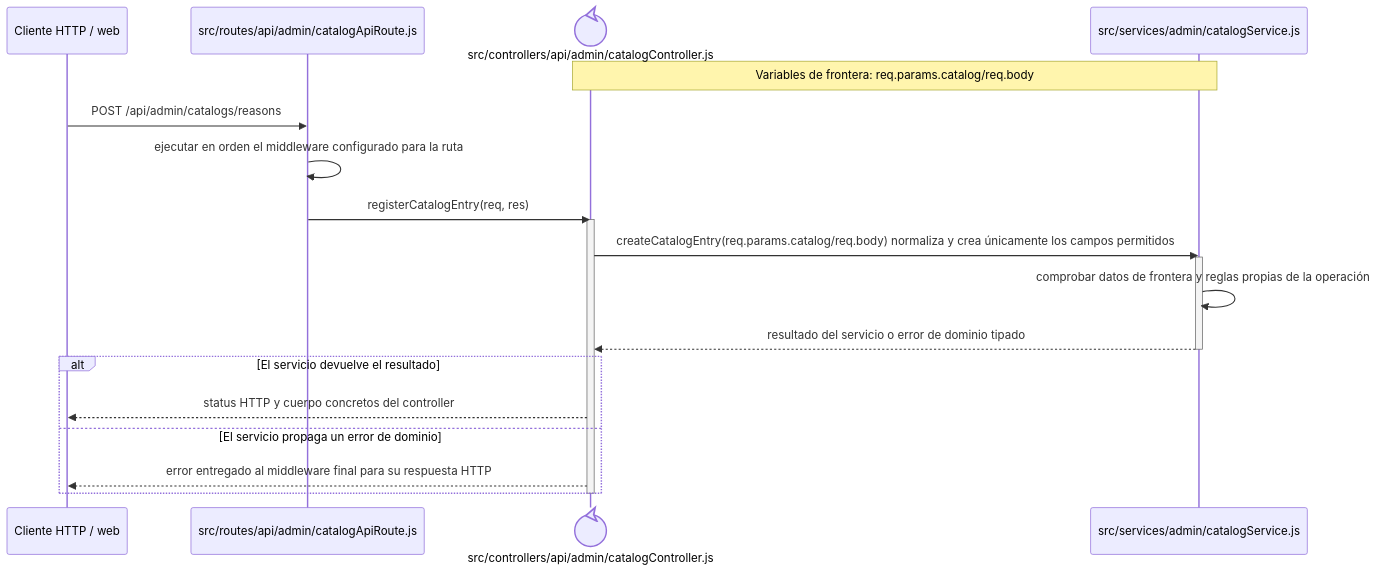
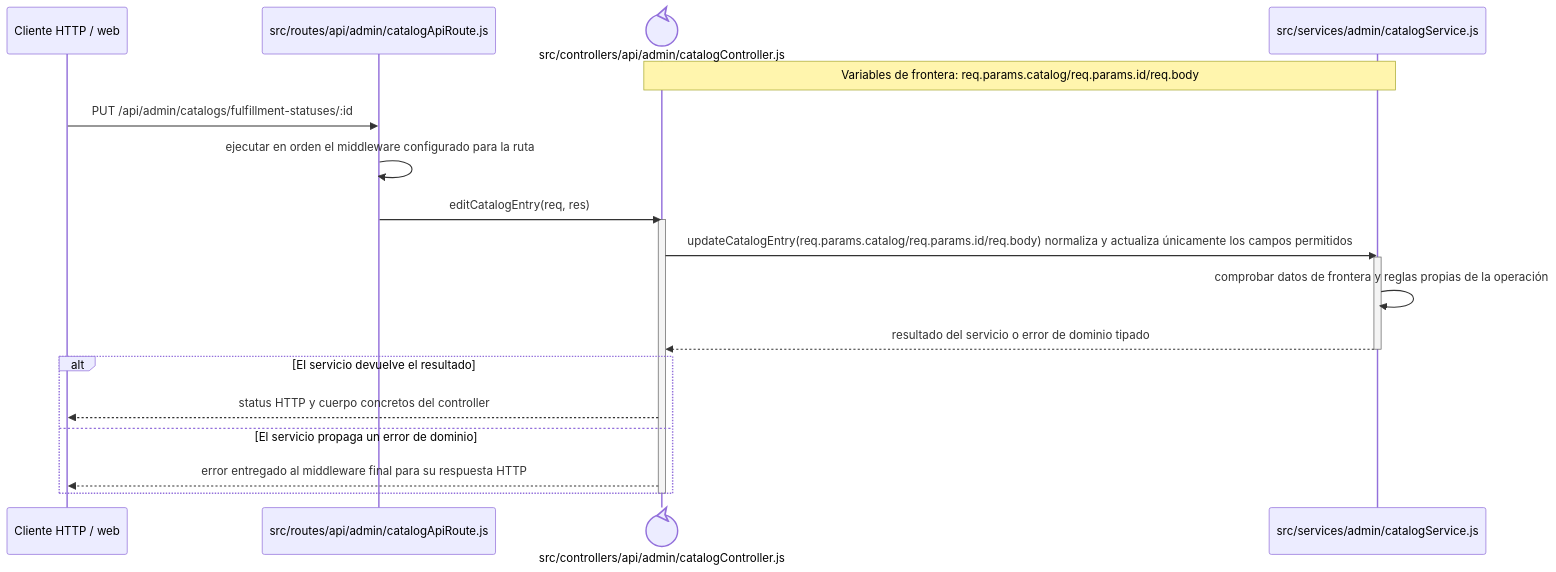
One commit to gpgsistemas01/nexus changed the diagram in docs/architecture/backend-code-sequences/catalogs/cu-cat-44.md. Above: the diagram before and after it, drawn with Mermaid. The commit also changed other lines of this file and 126 other files, not shown here.

````diff
--- a/docs/architecture/backend-code-sequences/catalogs/cu-cat-44.md
+++ b/docs/architecture/backend-code-sequences/catalogs/cu-cat-44.md
@@ -6,24 +6,24 @@
 ```mermaid
 sequenceDiagram
     participant Client as Cliente HTTP / web
     participant Route as src/routes/api/admin/catalogApiRoute.js
     participant Controller@{ "type": "control" } as src/controllers/api/admin/catalogController.js
     participant Domain as src/services/admin/catalogService.js
-    Note over Controller,Domain: Variables de frontera: req.params.catalog/req.body
+    Note over Controller,Domain: Variables de frontera: req.params.catalog/req.params.id/req.body
 
-    Client->>Route: POST /api/admin/catalogs/reasons
+    Client->>Route: PUT /api/admin/catalogs/fulfillment-statuses/:id
     Route->>Route: ejecutar en orden el middleware configurado para la ruta
-    Route->>Controller: registerCatalogEntry(req, res)
+    Route->>Controller: editCatalogEntry(req, res)
     activate Controller
-    Controller->>Domain: createCatalogEntry(req.params.catalog/req.body) normaliza y crea únicamente los campos permitidos
+    Controller->>Domain: updateCatalogEntry(req.params.catalog/req.params.id/req.body) normaliza y actualiza únicamente los campos permitidos
     activate Domain
     Domain->>Domain: comprobar datos de frontera y reglas propias de la operación
     Domain-->>Controller: resultado del servicio o error de dominio tipado
     deactivate Domain
     alt El servicio devuelve el resultado
         Controller-->>Client: status HTTP y cuerpo concretos del controller
     else El servicio propaga un error de dominio
         Controller-->>Client: error entregado al middleware final para su respuesta HTTP
     end
     deactivate Controller
 ```
````
